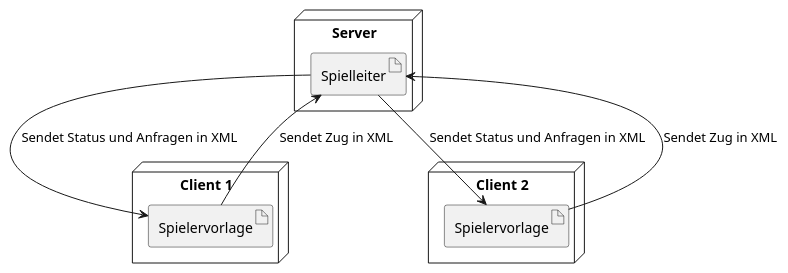
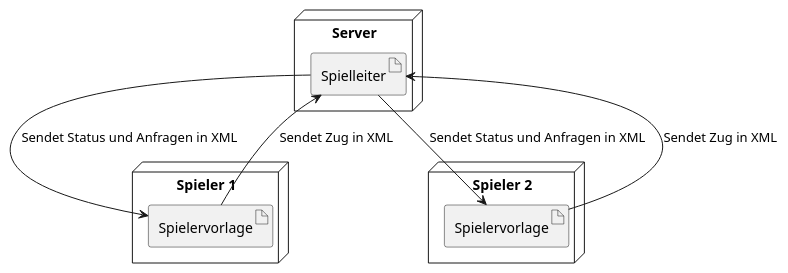
The diagram in hyperbook/book/spiele/mississippi-queen/xml.md (software-challenge/docs), drawn with PlantUML before and after one commit. The commit also changed other lines of this file, not shown here.

```diff
--- a/hyperbook/book/spiele/mississippi-queen/xml.md
+++ b/hyperbook/book/spiele/mississippi-queen/xml.md
@@ -22,17 +22,17 @@
 :::plantuml
 @startuml
 node "Server" as server {
     artifact "Spielleiter" as serverApp
 }
-node "Client 1" as client1 {
+node "Spieler 1" as client1 {
     artifact "Spielervorlage" as client1App
 }
-node "Client 2" as client2 {
+node "Spieler 2" as client2 {
     artifact "Spielervorlage" as client2App
 }
 serverApp --> client1App : Sendet Status und Anfragen in XML
 serverApp --> client2App : Sendet Status und Anfragen in XML
 client1App --> serverApp : Sendet Zug in XML
 client2App --> serverApp : Sendet Zug in XML
 @enduml
 :::
```
